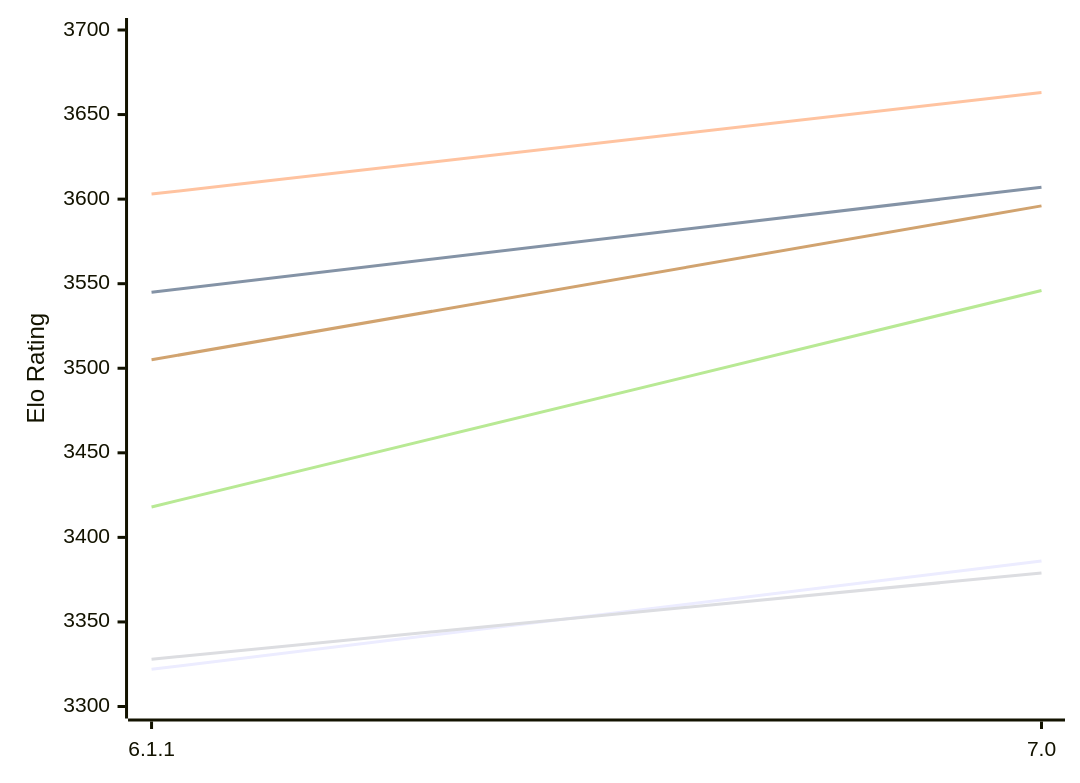
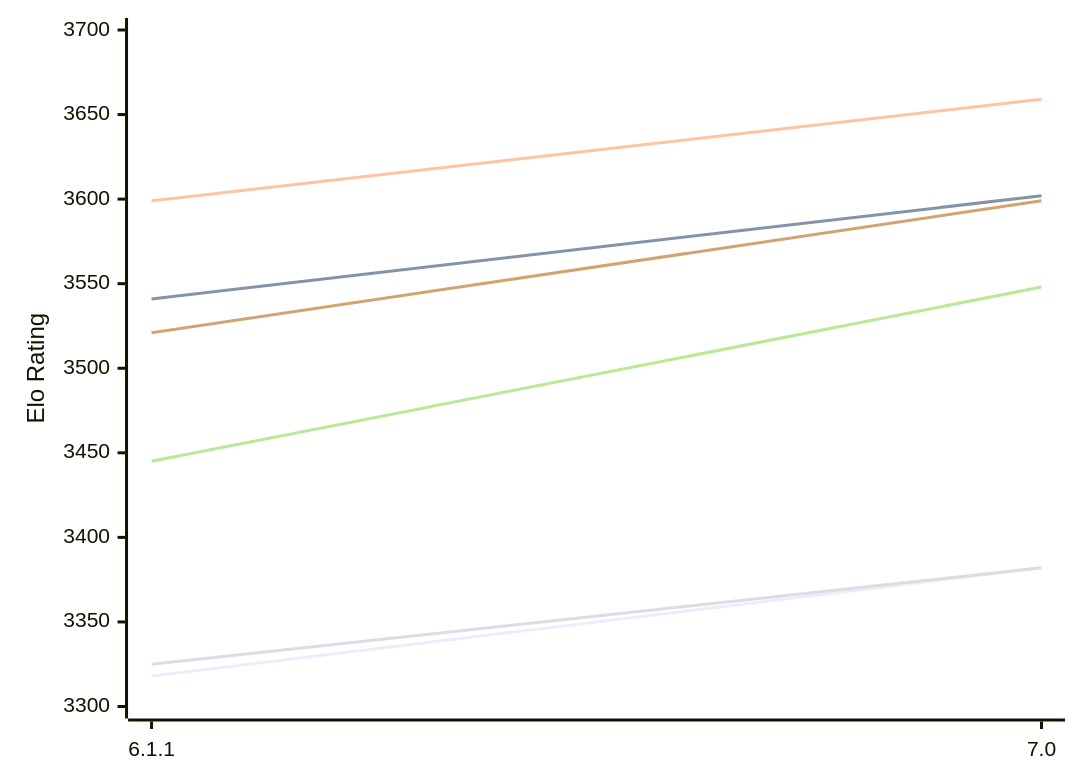
One commit to computer-chess-index/cci changed the first of 2 diagrams in engines/Astra.md. Above: the diagram before and after it, drawn with Mermaid. The commit also changed other lines of this file, not shown here.

Commit message:
Update CCI Ratings (ELO VLTC) - 2026-11-21

````diff
--- a/engines/Astra.md
+++ b/engines/Astra.md
@@ -50,12 +50,12 @@
 ```mermaid
 %%{init: {"theme":"base","themeVariables":{"seriesColors:['#a3a3a3','#222221','#faa371']}}}%%
 xychart-beta
   x-axis ["6.1.1", "7.0"]
   y-axis "Elo Rating" 3300 --> 3700
-  line "E1: STC (8.0+0.08s)" [3322, 3386]
-  line "E1: LTC (60.0+0.60s)" [3545, 3607]
-  line "E1: VLTC (2m24s+1.12s)" [3603, 3663]
-  line "P1: STC (8.0+0.08s)" [3328, 3379]
-  line "P1: LTC (60.0+0.60s)" [3418, 3546]
-  line "P1: VLTC (2m24s+1.12s)" [3505, 3596]
+  line "E1: STC (8.0+0.08s)" [3318, 3382]
+  line "E1: LTC (60.0+0.60s)" [3541, 3602]
+  line "E1: VLTC (2m24s+1.12s)" [3599, 3659]
+  line "P1: STC (8.0+0.08s)" [3325, 3382]
+  line "P1: LTC (60.0+0.60s)" [3445, 3548]
+  line "P1: VLTC (2m24s+1.12s)" [3521, 3599]
 ```
````
